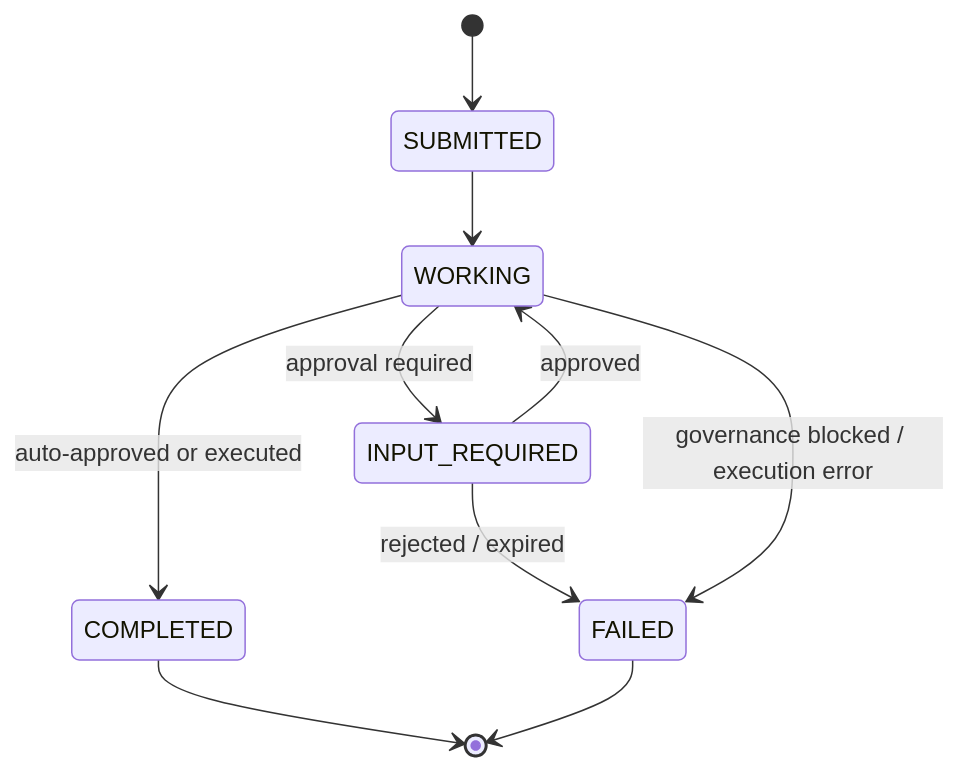
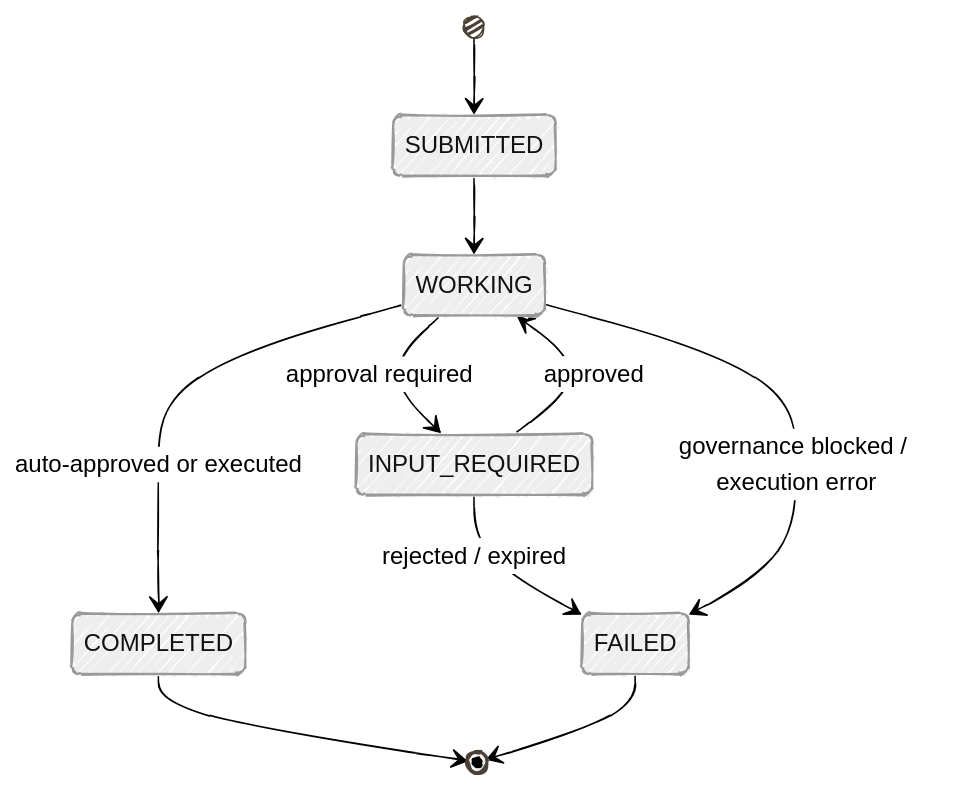
The second of 2 diagrams in docs/tutorials/04-multi-agent-governance.md (danieloh30/governed-agent-platform), drawn with Mermaid before and after one commit. The commit also changed other lines of this file, not shown here.

Commit message:
Use hand-drawn style for all tutorial diagrams

````diff
--- a/docs/tutorials/04-multi-agent-governance.md
+++ b/docs/tutorials/04-multi-agent-governance.md
@@ -237,12 +238,13 @@
 ```mermaid
+%%{init: {'look':'handDrawn','theme':'neutral','themeVariables': {'lineColor':'#4A4035'}}}%%
 stateDiagram-v2
     [*] --> SUBMITTED
     SUBMITTED --> WORKING
     WORKING --> INPUT_REQUIRED: approval required
     INPUT_REQUIRED --> WORKING: approved
     INPUT_REQUIRED --> FAILED: rejected / expired
     WORKING --> COMPLETED: auto-approved or executed
     WORKING --> FAILED: governance blocked / execution error
     COMPLETED --> [*]
     FAILED --> [*]
 ```
````
